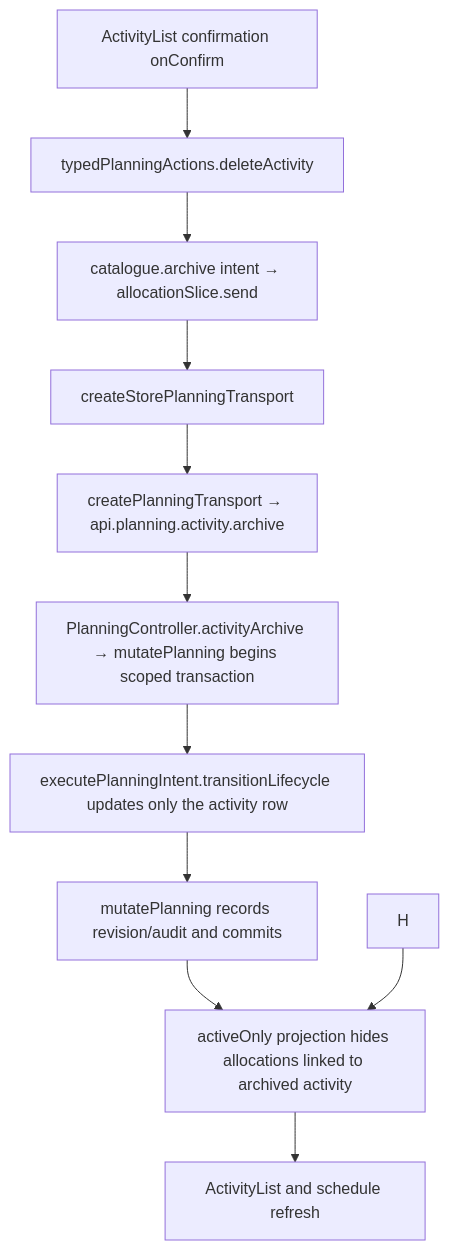
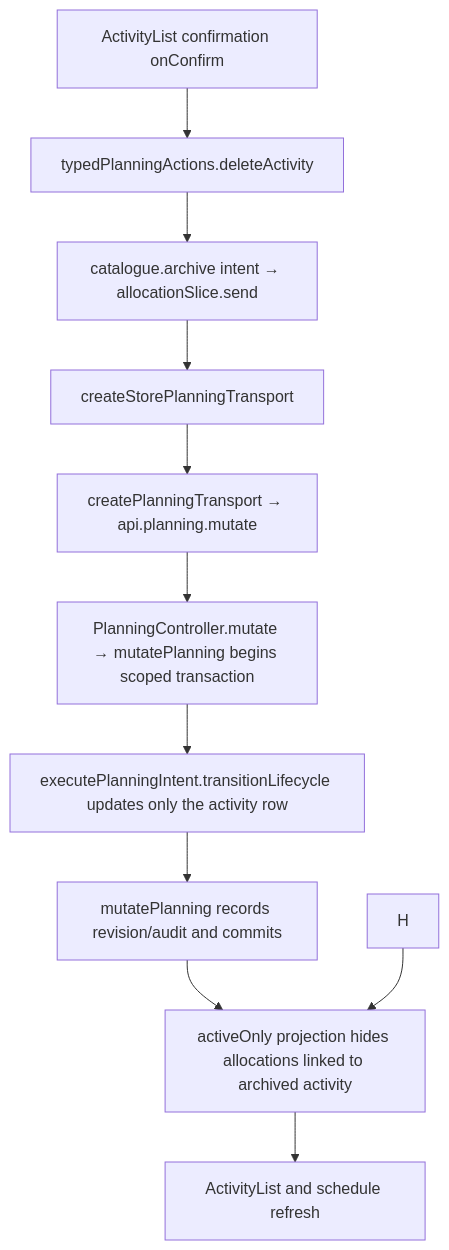
One commit to Kevinjohn/capacitylens changed the second of 2 diagrams in user-stories/activities/US-ACT-04-delete-activity-cascade.md. Above: the diagram before and after it, drawn with Mermaid. The commit also changed 115 other files, not shown here.

````diff
--- a/user-stories/activities/US-ACT-04-delete-activity-cascade.md
+++ b/user-stories/activities/US-ACT-04-delete-activity-cascade.md
@@ -30,8 +30,8 @@
 ```mermaid
 flowchart TD
   A["ActivityList confirmation onConfirm"] --> B["typedPlanningActions.deleteActivity"] --> C["catalogue.archive intent → allocationSlice.send"]
   C --> D["createStorePlanningTransport"]
-  D --> E["createPlanningTransport → api.planning.activity.archive"] --> F["PlanningController.activityArchive → mutatePlanning begins scoped transaction"] --> G["executePlanningIntent.transitionLifecycle updates only the activity row"] --> K["mutatePlanning records revision/audit and commits"]
+  D --> E["createPlanningTransport → api.planning.mutate"] --> F["PlanningController.mutate → mutatePlanning begins scoped transaction"] --> G["executePlanningIntent.transitionLifecycle updates only the activity row"] --> K["mutatePlanning records revision/audit and commits"]
   K --> L["activeOnly projection hides allocations linked to archived activity"] --> I["ActivityList and schedule refresh"]
   H --> L
 ```
````
